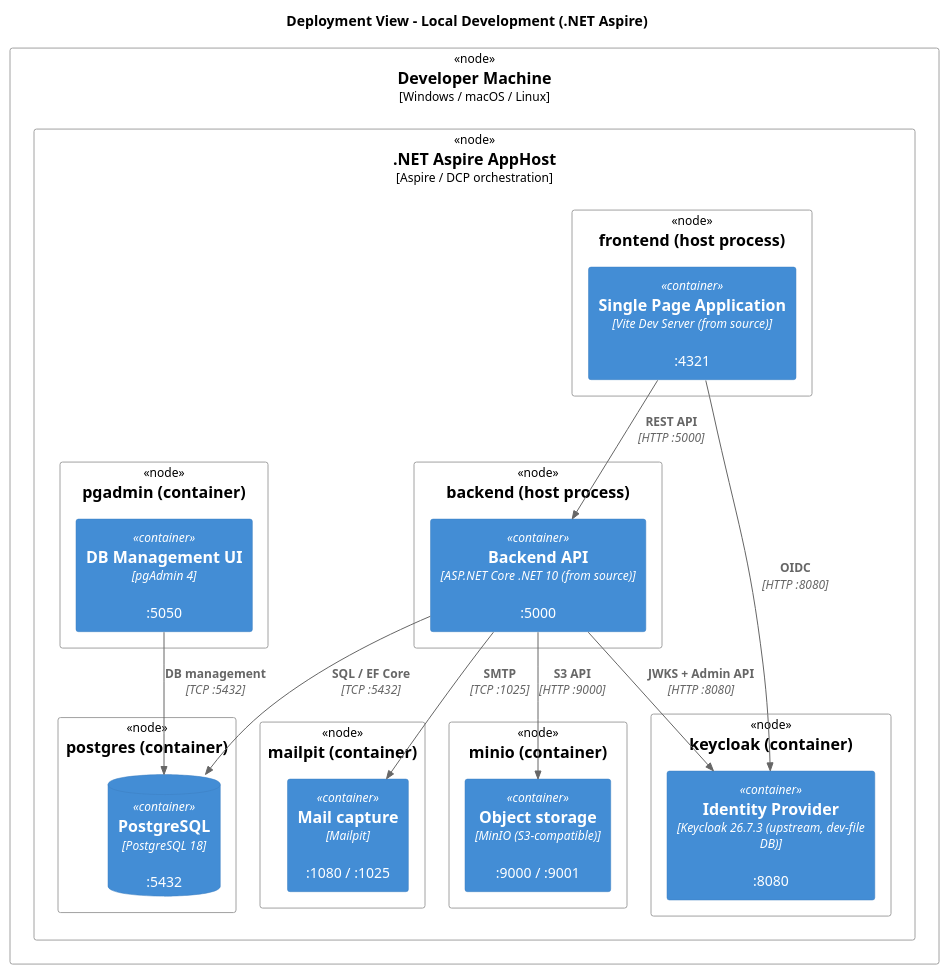
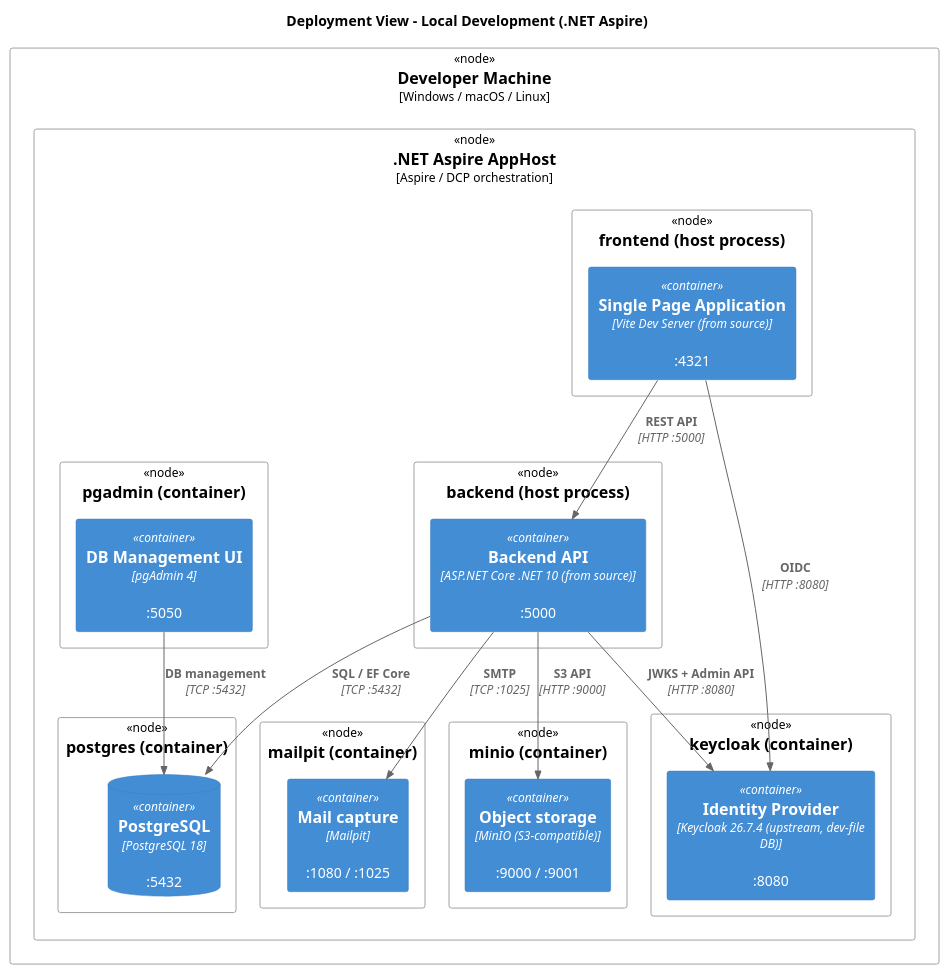
The diagram in docs/Architecture/images/deployment-local.puml (maik-hasler/einsatzbereit), drawn with PlantUML before and after one commit. The commit also changed 10 other files, not shown here.

```diff
--- a/docs/Architecture/images/deployment-local.puml
+++ b/docs/Architecture/images/deployment-local.puml
@@ -1,48 +1,48 @@
 @startuml Local Development Deployment
 
 !include <C4/C4_Deployment>
 
 title Deployment View - Local Development (.NET Aspire)
 
 Deployment_Node(machine, "Developer Machine", "Windows / macOS / Linux") {
 	Deployment_Node(aspire, ".NET Aspire AppHost", "Aspire / DCP orchestration") {
 
 		Deployment_Node(frontend_node, "frontend (host process)") {
 			Container(frontend, "Single Page Application", "Vite Dev Server (from source)", ":4321")
 		}
 
 		Deployment_Node(backend_node, "backend (host process)") {
 			Container(backend, "Backend API", "ASP.NET Core .NET 10 (from source)", ":5000")
 		}
 
 		Deployment_Node(keycloak_node, "keycloak (container)") {
-			Container(keycloak, "Identity Provider", "Keycloak 26.7.3 (upstream, dev-file DB)", ":8080")
+			Container(keycloak, "Identity Provider", "Keycloak 26.7.4 (upstream, dev-file DB)", ":8080")
 		}
 
 		Deployment_Node(postgres_node, "postgres (container)") {
 			ContainerDb(postgres, "PostgreSQL", "PostgreSQL 18", ":5432")
 		}
 
 		Deployment_Node(pgadmin_node, "pgadmin (container)") {
 			Container(pgadmin, "DB Management UI", "pgAdmin 4", ":5050")
 		}
 
 		Deployment_Node(mailpit_node, "mailpit (container)") {
 			Container(mailpit, "Mail capture", "Mailpit", ":1080 / :1025")
 		}
 
 		Deployment_Node(minio_node, "minio (container)") {
 			Container(minio, "Object storage", "MinIO (S3-compatible)", ":9000 / :9001")
 		}
 	}
 }
 
 Rel(frontend, backend, "REST API", "HTTP :5000")
 Rel(frontend, keycloak, "OIDC", "HTTP :8080")
 Rel(backend, postgres, "SQL / EF Core", "TCP :5432")
 Rel(backend, keycloak, "JWKS + Admin API", "HTTP :8080")
 Rel(backend, mailpit, "SMTP", "TCP :1025")
 Rel(backend, minio, "S3 API", "HTTP :9000")
 Rel(pgadmin, postgres, "DB management", "TCP :5432")
 
 @enduml
```
